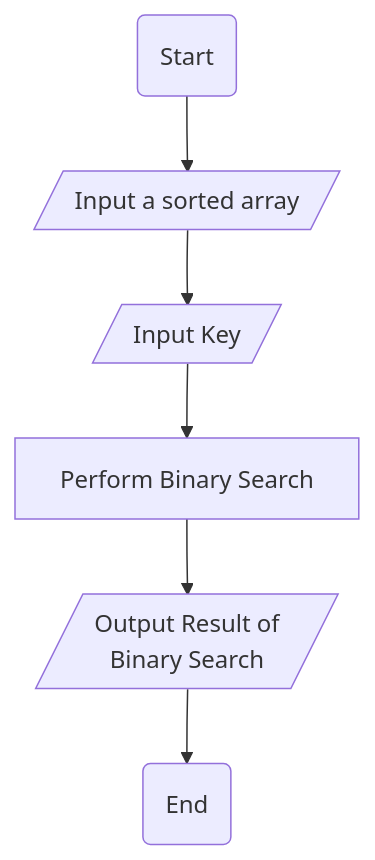
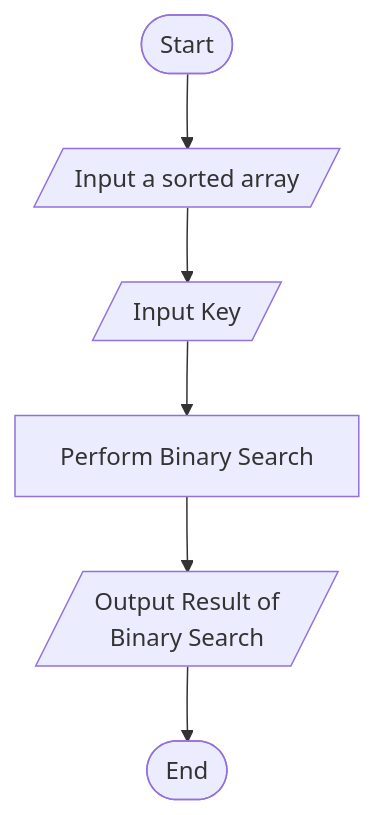
One commit to Mebanseibor/Code-Collection changed the second of 2 diagrams in Java/Algorithms/Searching/Binary Search/README.md. Above: the diagram before and after it, drawn with Mermaid. The commit also changed other lines of this file and 3 other files, not shown here.

````diff
--- a/Java/Algorithms/Searching/Binary Search/README.md
+++ b/Java/Algorithms/Searching/Binary Search/README.md
@@ -47,17 +66,20 @@
 ```mermaid
 flowchart
     %%Node difinition
-    Start(Start)
-    InputArray[/Input Array/]
-    InputKey[/Input Key/]
-    BinarySearch[Binary  Search]
-    OutputBinarySearchResult[/Output Result of<br>Binary Search/]
-    End(End)
+        Start([Start])
+        InputArray[/Input Array/]
+        InputKey[/Input Key/]
+        BinarySearch[Binary  Search]
+        OutputBinarySearchResult[/"
+            Output Result of
+            Binary Search
+        "/]
+        End([End])
 
     Start --> InputArray[/Input a sorted array/]
     InputArray --> InputKey
     InputKey --> BinarySearch[Perform Binary Search]
     
     BinarySearch --> OutputBinarySearchResult
     OutputBinarySearchResult --> End
 ```
````
